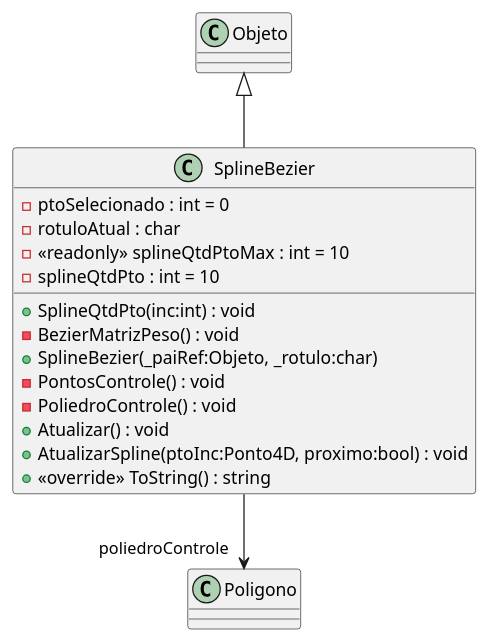
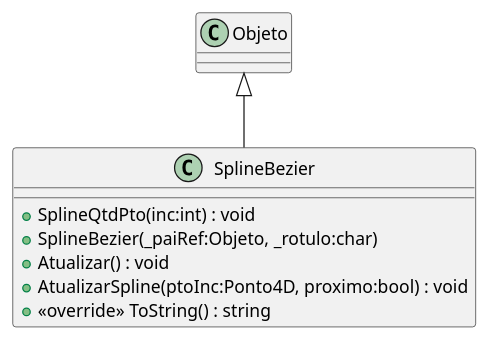
Before and after one commit to gcgfurb/CG_2025-1_not_equipe-01: the diagram in Unidade2/CG_N2_2/plantuml/SplineBezier.puml, drawn with PlantUML. The commit also changed 12 other files, not shown here.

```diff
--- a/Unidade2/CG_N2_2/plantuml/SplineBezier.puml
+++ b/Unidade2/CG_N2_2/plantuml/SplineBezier.puml
@@ -1,18 +1,10 @@
 @startuml SplineBezier
 class SplineBezier {
-    - ptoSelecionado : int = 0
-    - rotuloAtual : char
-    - <<readonly>> splineQtdPtoMax : int = 10
-    - splineQtdPto : int = 10
     + SplineQtdPto(inc:int) : void
-    - BezierMatrizPeso() : void
     + SplineBezier(_paiRef:Objeto, _rotulo:char)
-    - PontosControle() : void
-    - PoliedroControle() : void
     + Atualizar() : void
     + AtualizarSpline(ptoInc:Ponto4D, proximo:bool) : void
     + <<override>> ToString() : string
 }
 Objeto <|-- SplineBezier
-SplineBezier --> "poliedroControle" Poligono
 @enduml
```
